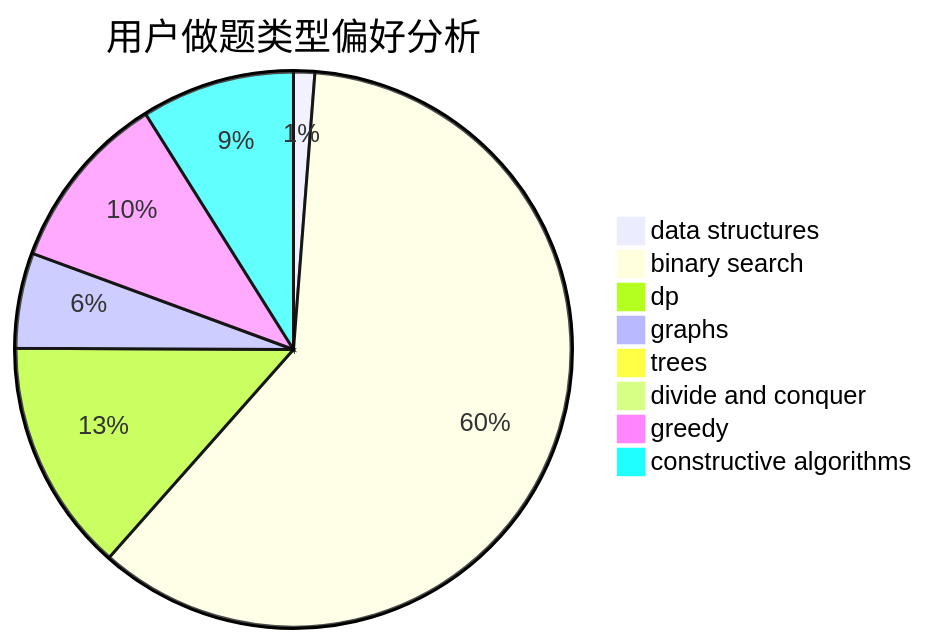
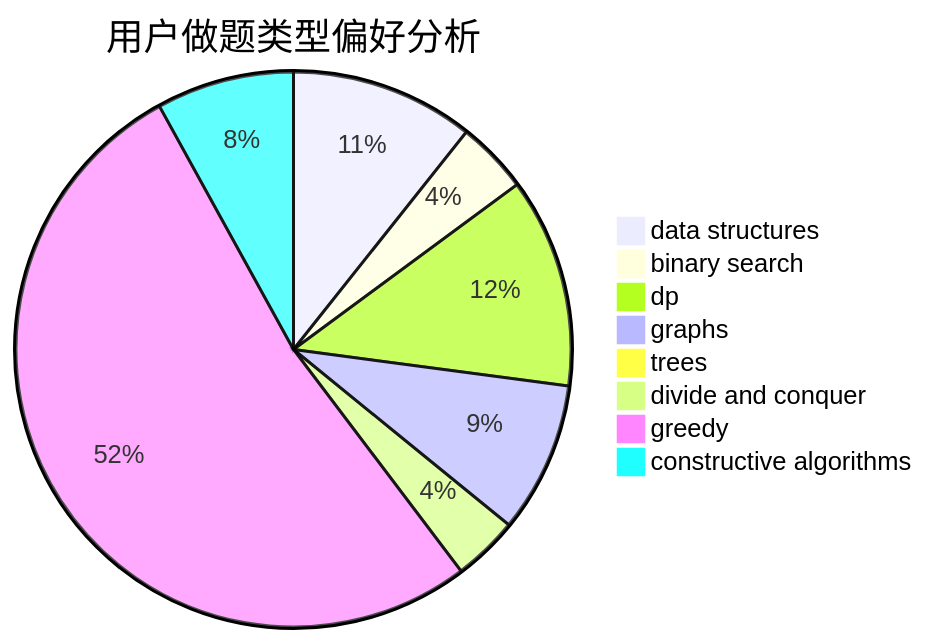
One commit to sherpahu/cfrs.github.io changed the second of 3 diagrams in docs/user/u2376.md. Above: the diagram before and after it, drawn with Mermaid. The commit also changed other lines of this file and 2770 other files, not shown here.

````diff
--- a/docs/user/u2376.md
+++ b/docs/user/u2376.md
@@ -23,11 +23,11 @@
 ```mermaid
 pie title 用户做题类型偏好分析
-    "data structures" :  4
-    "binary search" :  196
-    "dp" :  44
-    "graphs" :  18
-    "trees" :  1
-    "divide and conquer" :  0
-    "greedy" :  34
-    "constructive algorithms" :  29
+    "data structures" :  28
+    "binary search" :  11
+    "dp" :  32
+    "graphs" :  23
+    "trees" :  0
+    "divide and conquer" :  10
+    "greedy" :  137
+    "constructive algorithms" :  21
 ```
````
